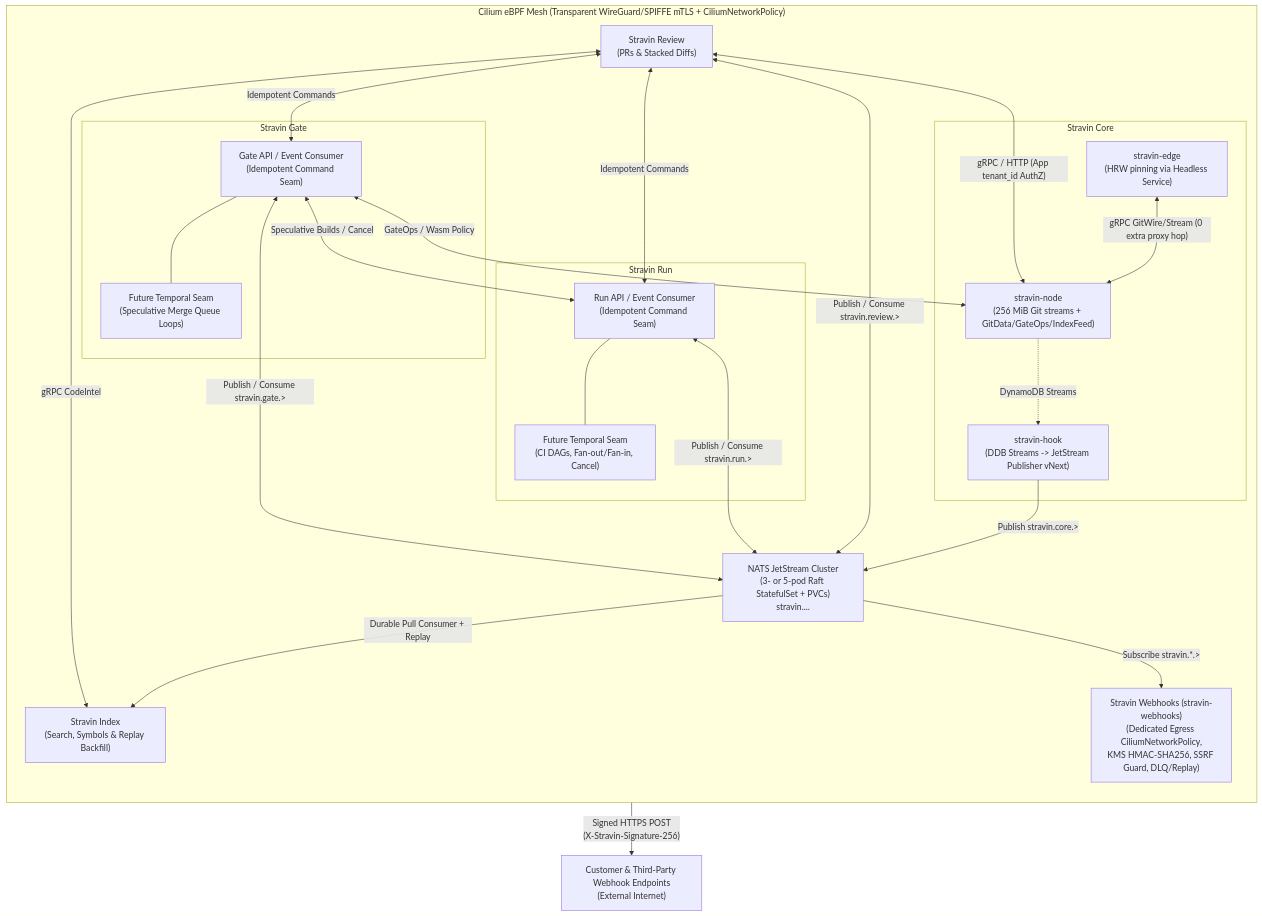
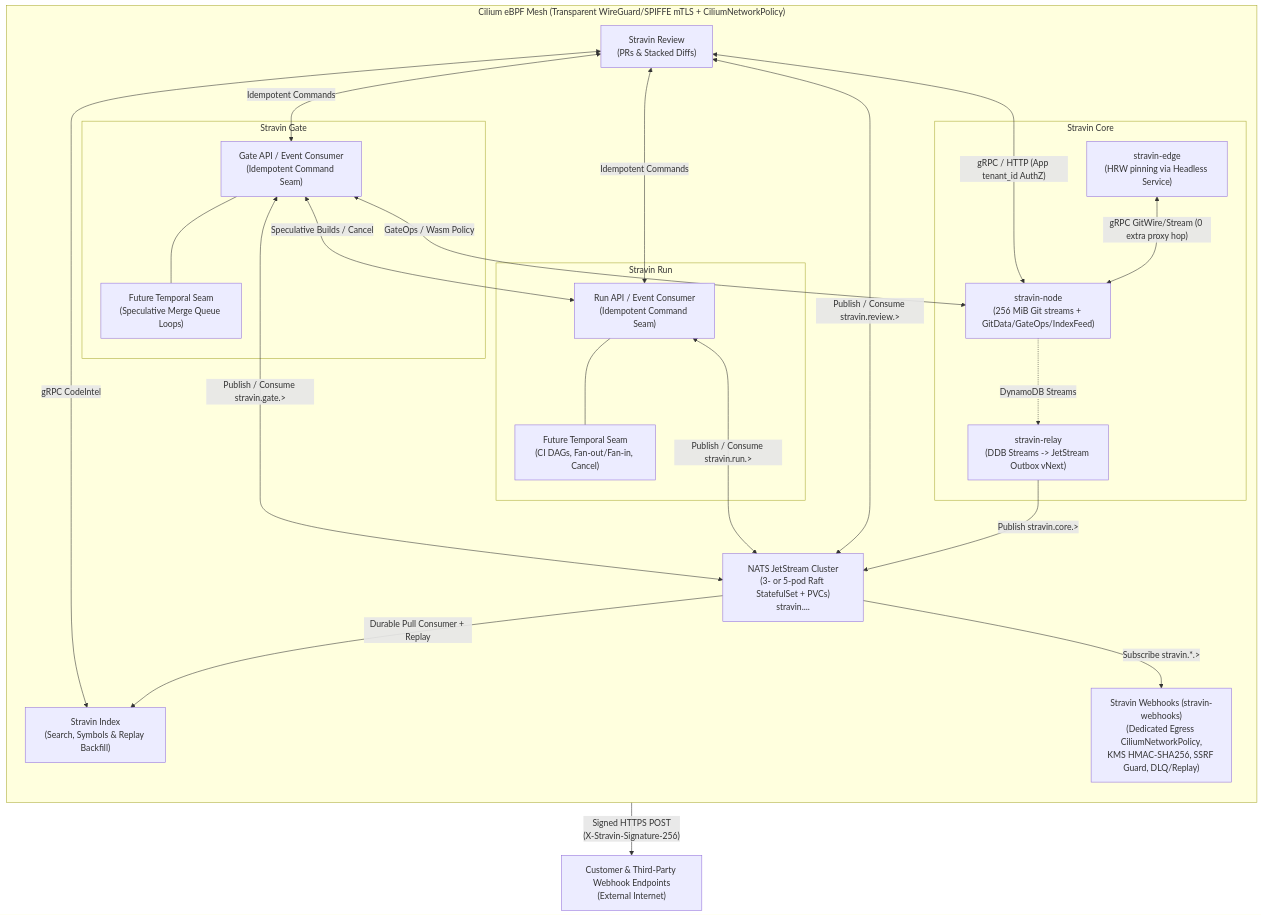
One commit to stravin-dev/architecture changed the diagram in docs/adr/0001-platform-transport-events-webhooks.md. Above: the diagram before and after it, drawn with Mermaid. The commit also changed other lines of this file and 9 other files, not shown here.

Commit message:
docs: rename vNext outbox relay daemon from stravin-hook to stravin-relay

````diff
--- a/docs/adr/0001-platform-transport-events-webhooks.md
+++ b/docs/adr/0001-platform-transport-events-webhooks.md
@@ -30,49 +30,49 @@
 ```mermaid
 flowchart TB
     subgraph Mesh["Cilium eBPF Mesh (Transparent WireGuard/SPIFFE mTLS + CiliumNetworkPolicy)"]
         direction TB
         subgraph CoreBox["Stravin Core"]
             Edge["stravin-edge\n(HRW pinning via Headless Service)"]
             Node["stravin-node\n(256 MiB Git streams + GitData/GateOps/IndexFeed)"]
-            Hook["stravin-hook\n(DDB Streams -> JetStream Publisher vNext)"]
+            Relay["stravin-relay\n(DDB Streams -> JetStream Outbox vNext)"]
             Edge <-->|"gRPC GitWire/Stream (0 extra proxy hop)"| Node
-            Node -.->|"DynamoDB Streams"| Hook
+            Node -.->|"DynamoDB Streams"| Relay
         end
 
         NATS["NATS JetStream Cluster\n(3- or 5-pod Raft StatefulSet + PVCs)\nstravin.<product>.<tenant_id>.<repo_id>.<event>"]
 
         Review["Stravin Review\n(PRs & Stacked Diffs)"]
         Index["Stravin Index\n(Search, Symbols & Replay Backfill)"]
 
         subgraph RunBox["Stravin Run"]
             RunAPI["Run API / Event Consumer\n(Idempotent Command Seam)"]
             RunWF["Future Temporal Seam\n(CI DAGs, Fan-out/Fan-in, Cancel)"]
             RunAPI --- RunWF
         end
 
         subgraph GateBox["Stravin Gate"]
             GateAPI["Gate API / Event Consumer\n(Idempotent Command Seam)"]
             GateWF["Future Temporal Seam\n(Speculative Merge Queue Loops)"]
             GateAPI --- GateWF
         end
 
         Webhooks["Stravin Webhooks (stravin-webhooks)\n(Dedicated Egress CiliumNetworkPolicy,\nKMS HMAC-SHA256, SSRF Guard, DLQ/Replay)"]
 
-        Hook -->|"Publish stravin.core.>"| NATS
+        Relay -->|"Publish stravin.core.>"| NATS
         Review <-->|"Publish / Consume stravin.review.>"| NATS
         RunAPI <-->|"Publish / Consume stravin.run.>"| NATS
         GateAPI <-->|"Publish / Consume stravin.gate.>"| NATS
         NATS -->|"Durable Pull Consumer + Replay"| Index
         NATS -->|"Subscribe stravin.*.>"| Webhooks
 
         Review <-->|"gRPC / HTTP (App tenant_id AuthZ)"| Node
         Review <-->|"gRPC CodeIntel"| Index
         Review <-->|"Idempotent Commands"| RunAPI
         Review <-->|"Idempotent Commands"| GateAPI
         GateAPI <-->|"Speculative Builds / Cancel"| RunAPI
         GateAPI <-->|"GateOps / Wasm Policy"| Node
     end
 
     Internet["Customer & Third-Party Webhook Endpoints\n(External Internet)"]
     Webhooks -->|"Signed HTTPS POST\n(X-Stravin-Signature-256)"| Internet
 ```
````
